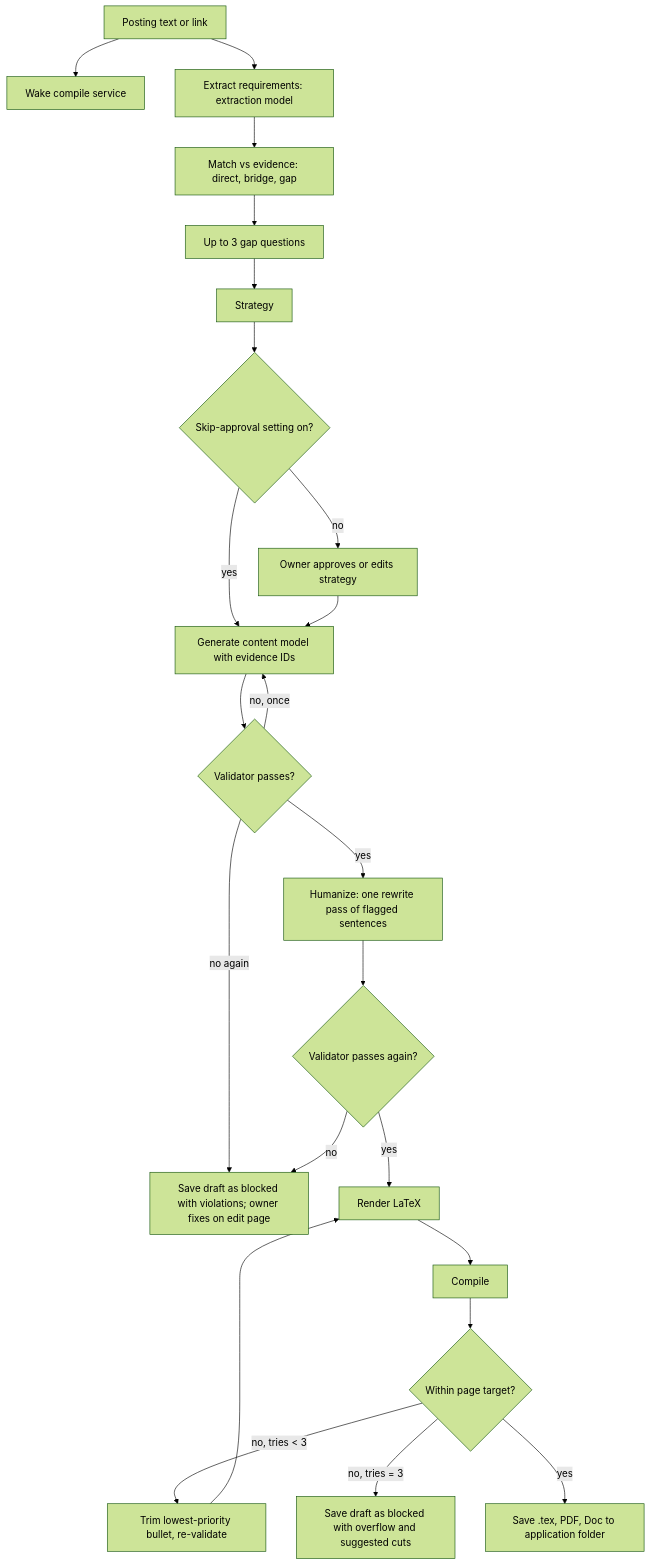
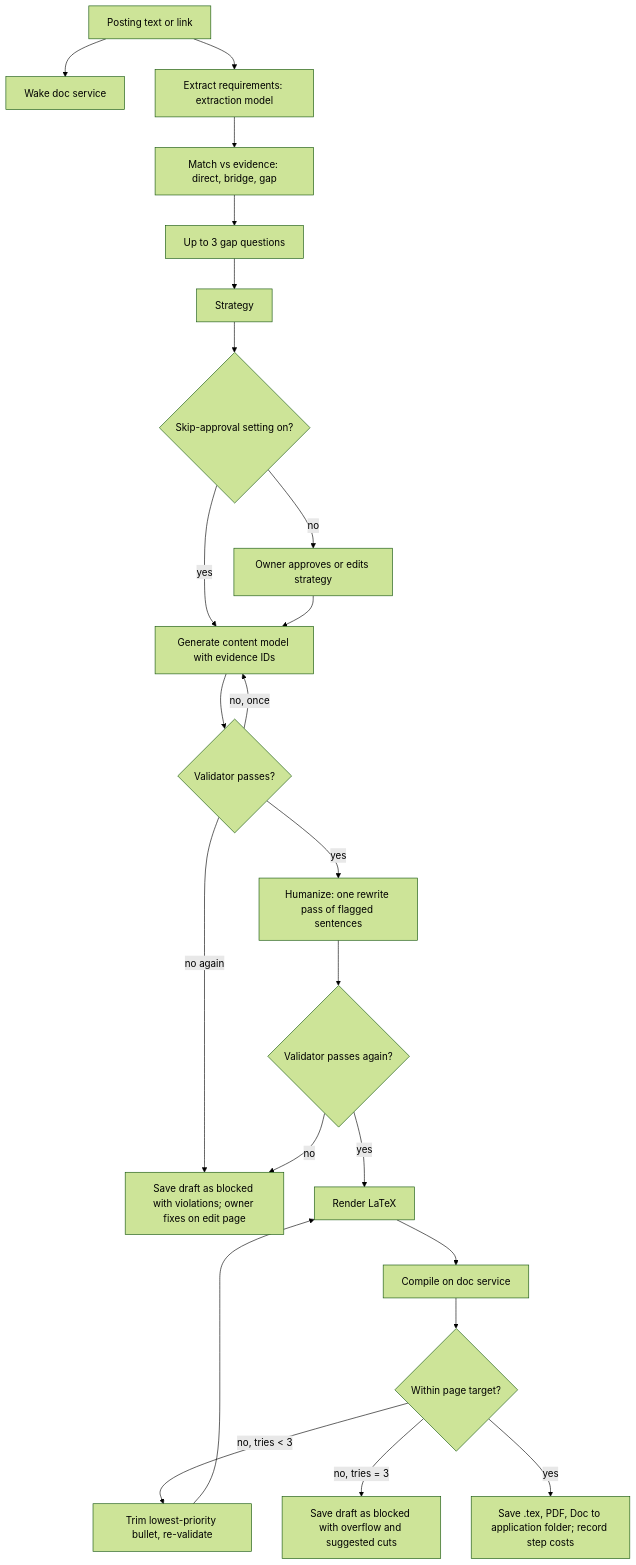
The fourth of 6 diagrams in docs/plans/2026-11-18-1641-feat-pursuit-kit-mvp-plan.md (KshitijV97/pursuit-kit), drawn with Mermaid (forest theme) before and after one commit. The commit also changed other lines of this file and 13 other files, not shown here.

````diff
--- a/docs/plans/2026-11-18-1641-feat-pursuit-kit-mvp-plan.md
+++ b/docs/plans/2026-11-18-1641-feat-pursuit-kit-mvp-plan.md
@@ -246,24 +419,24 @@
 ```mermaid
 flowchart TB
-  P[Posting text or link] --> W[Wake compile service]
+  P[Posting text or link] --> WK[Wake doc service]
   P --> X[Extract requirements: extraction model]
   X --> M[Match vs evidence: direct, bridge, gap]
   M --> Q[Up to 3 gap questions]
   Q --> S[Strategy]
   S --> AP{Skip-approval setting on?}
   AP -->|no| OK[Owner approves or edits strategy]
   AP -->|yes| GEN
   OK --> GEN[Generate content model with evidence IDs]
   GEN --> V{Validator passes?}
   V -->|no, once| GEN
   V -->|no again| ERR[Save draft as blocked with violations; owner fixes on edit page]
   V -->|yes| H[Humanize: one rewrite pass of flagged sentences]
   H --> V2{Validator passes again?}
   V2 -->|no| ERR
   V2 -->|yes| R[Render LaTeX]
-  R --> CMP[Compile]
+  R --> CMP[Compile on doc service]
   CMP --> F{Within page target?}
   F -->|no, tries < 3| TRIM[Trim lowest-priority bullet, re-validate] --> R
   F -->|no, tries = 3| OVER[Save draft as blocked with overflow and suggested cuts]
-  F -->|yes| SAVE[Save .tex, PDF, Doc to application folder]
+  F -->|yes| SAVE[Save .tex, PDF, Doc to application folder; record step costs]
 ```
````
